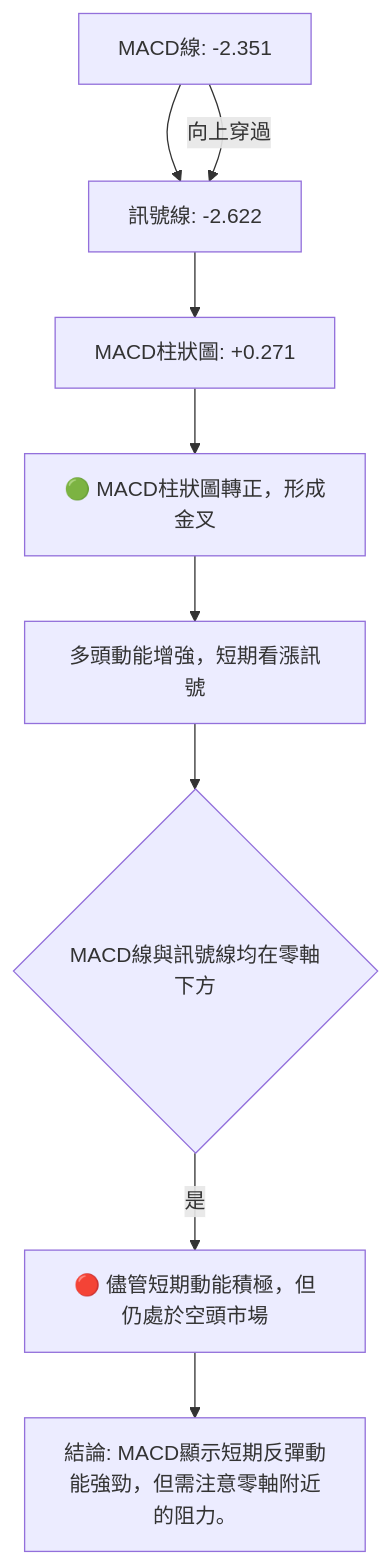
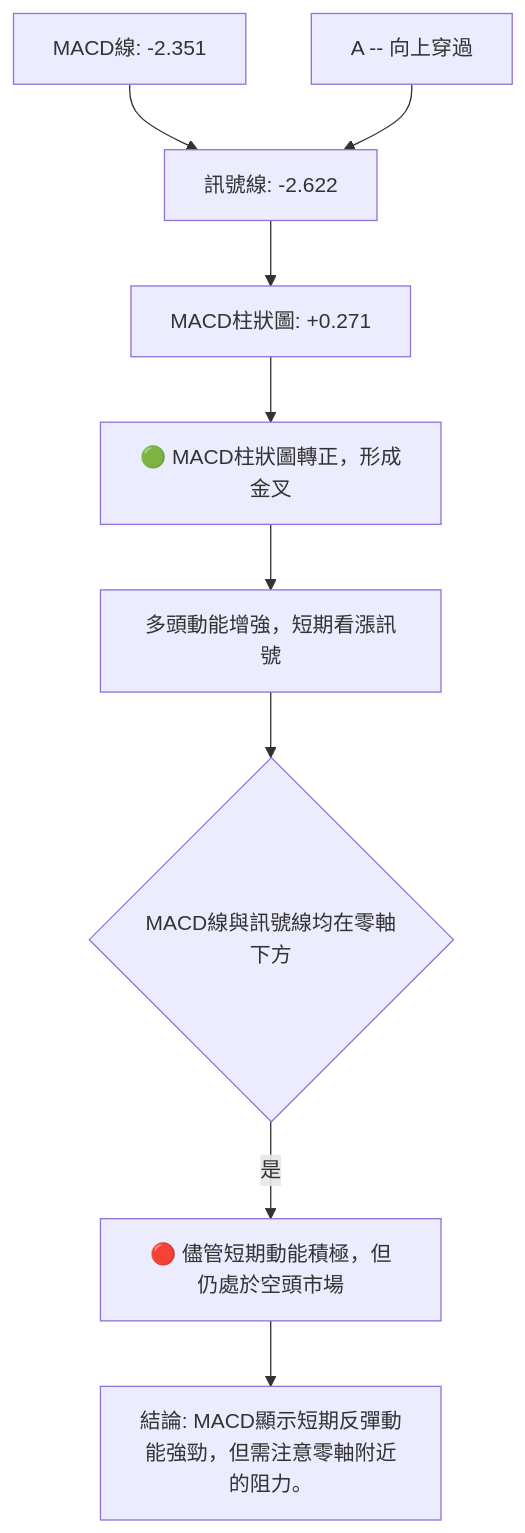
One commit to yennanliu/finance_data changed the eighth of 13 diagrams in ai_gen_report/stock/ktos/technical_analysis_2026-07-03_gemini.md. Above: the diagram before and after it, drawn with Mermaid. The commit also changed other lines of this file and 2258 other files, not shown here.

First line of the commit message:
chore: backfill Mermaid syntax repair across existing reports

````diff
--- a/ai_gen_report/stock/ktos/technical_analysis_2026-07-03_gemini.md
+++ b/ai_gen_report/stock/ktos/technical_analysis_2026-07-03_gemini.md
@@ -457,12 +457,12 @@
 ```mermaid
 graph TD
-    A[MACD線: -2.351] --> B[訊號線: -2.622]
-    B --> C[MACD柱狀圖: +0.271]
+    A["MACD線: -2.351"] --> B["訊號線: -2.622"]
+    B --> C["MACD柱狀圖: +0.271"]
 
-    A -- 向上穿過 --> B
-    C --> D[🟢 MACD柱狀圖轉正，形成金叉]
-    D --> E[多頭動能增強，短期看漲訊號]
-    E --> F{MACD線與訊號線均在零軸下方}
-    F -- 是 --> G[🔴 儘管短期動能積極，但仍處於空頭市場]
-    G --> H[結論: MACD顯示短期反彈動能強勁，但需注意零軸附近的阻力。]
+    nb1["A -- 向上穿過"] --> B
+    C --> D["🟢 MACD柱狀圖轉正，形成金叉"]
+    D --> E["多頭動能增強，短期看漲訊號"]
+    E --> F{"MACD線與訊號線均在零軸下方"}
+    F -- 是 --> G["🔴 儘管短期動能積極，但仍處於空頭市場"]
+    G --> H["結論: MACD顯示短期反彈動能強勁，但需注意零軸附近的阻力。"]
 ```
````
